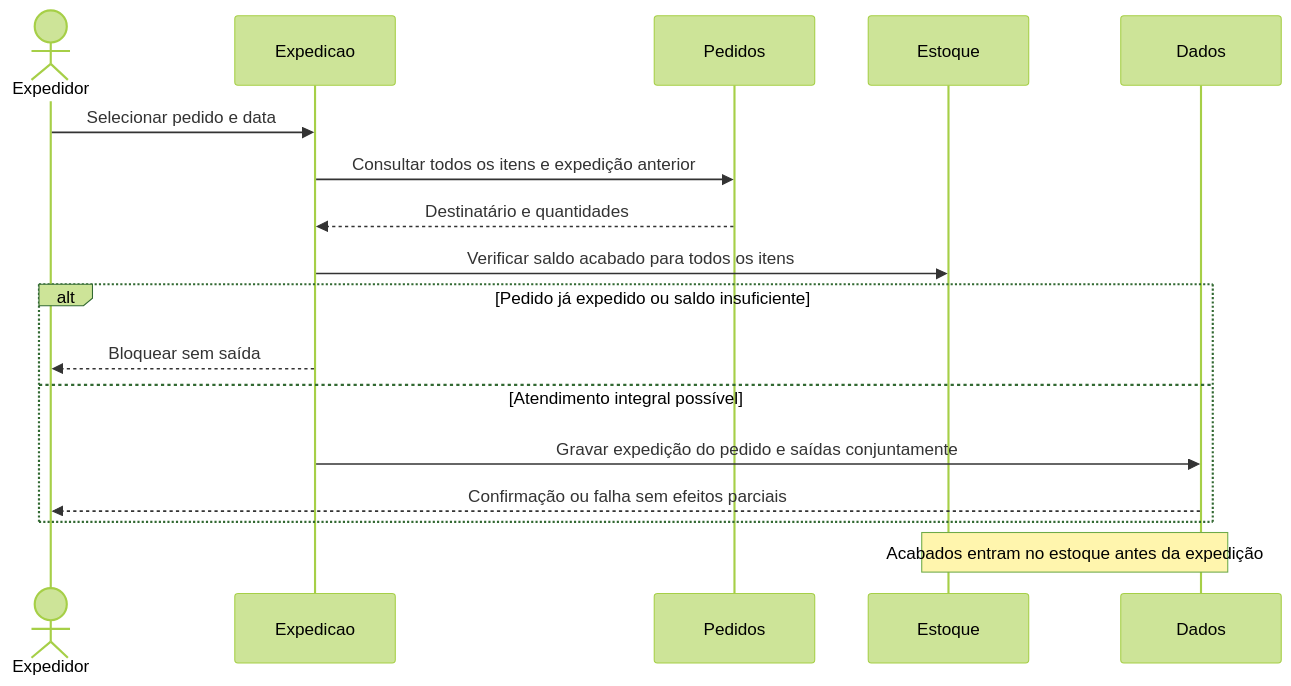
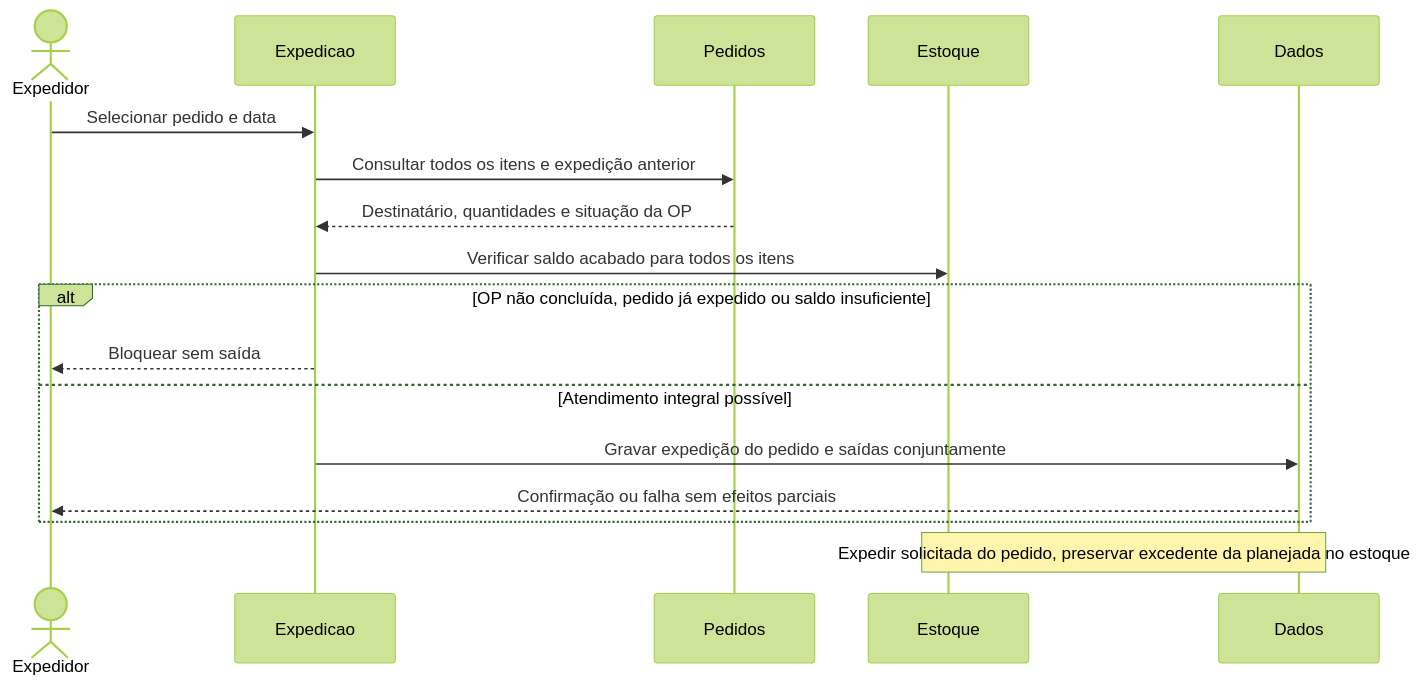
One commit to edumoreira7/TCC---Gestao-Integrada changed the fifth of 7 diagrams in docs/03-modelagem/sequencia/README.md. Above: the diagram before and after it, drawn with Mermaid (forest theme). The commit also changed other lines of this file and 74 other files, not shown here.

````diff
--- a/docs/03-modelagem/sequencia/README.md
+++ b/docs/03-modelagem/sequencia/README.md
@@ -104,19 +108,19 @@
 ```mermaid
 sequenceDiagram
     actor Expedidor
     participant Expedicao
     participant Pedidos
     participant Estoque
     participant Dados
     Expedidor->>Expedicao: Selecionar pedido e data
     Expedicao->>Pedidos: Consultar todos os itens e expedição anterior
-    Pedidos-->>Expedicao: Destinatário e quantidades
+    Pedidos-->>Expedicao: Destinatário, quantidades e situação da OP
     Expedicao->>Estoque: Verificar saldo acabado para todos os itens
-    alt Pedido já expedido ou saldo insuficiente
+    alt OP não concluída, pedido já expedido ou saldo insuficiente
         Expedicao-->>Expedidor: Bloquear sem saída
     else Atendimento integral possível
         Expedicao->>Dados: Gravar expedição do pedido e saídas conjuntamente
         Dados-->>Expedidor: Confirmação ou falha sem efeitos parciais
     end
-    Note over Estoque,Dados: Acabados entram no estoque antes da expedição
+    Note over Estoque,Dados: Expedir solicitada do pedido, preservar excedente da planejada no estoque
 ```
````
